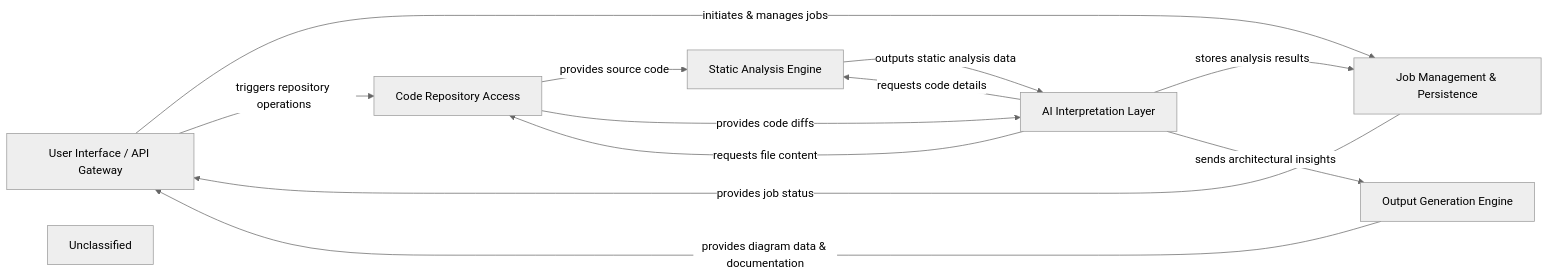
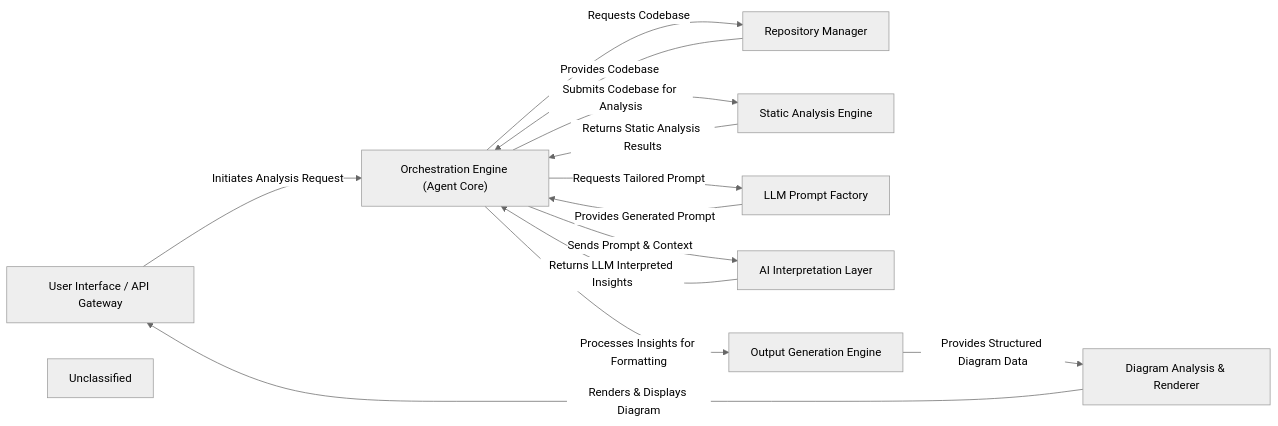
The diagram in .codeboarding/overview.md (CodeBoarding/CodeBoarding), drawn with Mermaid (neutral theme) before and after one commit. The commit also changed other lines of this file and 21 other files, not shown here.

First line of the commit message:
docs: update codeboarding documentation and generate architecture

````diff
--- a/.codeboarding/overview.md
+++ b/.codeboarding/overview.md
@@ -1,27 +1,31 @@
 ```mermaid
 graph LR
     User_Interface_API_Gateway["User Interface / API Gateway"]
-    Job_Management_Persistence["Job Management & Persistence"]
-    Code_Repository_Access["Code Repository Access"]
+    Orchestration_Engine_Agent_Core_["Orchestration Engine (Agent Core)"]
+    Repository_Manager["Repository Manager"]
     Static_Analysis_Engine["Static Analysis Engine"]
+    LLM_Prompt_Factory["LLM Prompt Factory"]
     AI_Interpretation_Layer["AI Interpretation Layer"]
     Output_Generation_Engine["Output Generation Engine"]
+    Diagram_Analysis_Renderer["Diagram Analysis & Renderer"]
     Unclassified["Unclassified"]
-    Unclassified["Unclassified"]
-    User_Interface_API_Gateway -- "initiates & manages jobs" --> Job_Management_Persistence
-    User_Interface_API_Gateway -- "triggers repository operations" --> Code_Repository_Access
-    Job_Management_Persistence -- "provides job status" --> User_Interface_API_Gateway
-    Code_Repository_Access -- "provides source code" --> Static_Analysis_Engine
-    Code_Repository_Access -- "provides code diffs" --> AI_Interpretation_Layer
-    Static_Analysis_Engine -- "outputs static analysis data" --> AI_Interpretation_Layer
-    AI_Interpretation_Layer -- "requests file content" --> Code_Repository_Access
-    AI_Interpretation_Layer -- "requests code details" --> Static_Analysis_Engine
-    AI_Interpretation_Layer -- "stores analysis results" --> Job_Management_Persistence
-    AI_Interpretation_Layer -- "sends architectural insights" --> Output_Generation_Engine
-    Output_Generation_Engine -- "provides diagram data & documentation" --> User_Interface_API_Gateway
+    User_Interface_API_Gateway -- "Initiates Analysis Request" --> Orchestration_Engine_Agent_Core_
+    Orchestration_Engine_Agent_Core_ -- "Requests Codebase" --> Repository_Manager
+    Repository_Manager -- "Provides Codebase" --> Orchestration_Engine_Agent_Core_
+    Orchestration_Engine_Agent_Core_ -- "Submits Codebase for Analysis" --> Static_Analysis_Engine
+    Static_Analysis_Engine -- "Returns Static Analysis Results" --> Orchestration_Engine_Agent_Core_
+    Orchestration_Engine_Agent_Core_ -- "Requests Tailored Prompt" --> LLM_Prompt_Factory
+    LLM_Prompt_Factory -- "Provides Generated Prompt" --> Orchestration_Engine_Agent_Core_
+    Orchestration_Engine_Agent_Core_ -- "Sends Prompt & Context" --> AI_Interpretation_Layer
+    AI_Interpretation_Layer -- "Returns LLM Interpreted Insights" --> Orchestration_Engine_Agent_Core_
+    Orchestration_Engine_Agent_Core_ -- "Processes Insights for Formatting" --> Output_Generation_Engine
+    Output_Generation_Engine -- "Provides Structured Diagram Data" --> Diagram_Analysis_Renderer
+    Diagram_Analysis_Renderer -- "Renders & Displays Diagram" --> User_Interface_API_Gateway
     click User_Interface_API_Gateway href "https://github.com/CodeBoarding/CodeBoarding/blob/main/.codeboarding/User_Interface_API_Gateway.md" "Details"
-    click Job_Management_Persistence href "https://github.com/CodeBoarding/CodeBoarding/blob/main/.codeboarding/Job_Management_Persistence.md" "Details"
-    click Static_Analysis_Engine href "https://github.com/CodeBoarding/CodeBoarding/blob/main/.codeboarding/Static_Analysis_Engine.md" "Details"
+    click Orchestration_Engine_Agent_Core_ href "https://github.com/CodeBoarding/CodeBoarding/blob/main/.codeboarding/Orchestration_Engine_Agent_Core_.md" "Details"
+    click Repository_Manager href "https://github.com/CodeBoarding/CodeBoarding/blob/main/.codeboarding/Repository_Manager.md" "Details"
+    click LLM_Prompt_Factory href "https://github.com/CodeBoarding/CodeBoarding/blob/main/.codeboarding/LLM_Prompt_Factory.md" "Details"
     click AI_Interpretation_Layer href "https://github.com/CodeBoarding/CodeBoarding/blob/main/.codeboarding/AI_Interpretation_Layer.md" "Details"
     click Output_Generation_Engine href "https://github.com/CodeBoarding/CodeBoarding/blob/main/.codeboarding/Output_Generation_Engine.md" "Details"
+    click Diagram_Analysis_Renderer href "https://github.com/CodeBoarding/CodeBoarding/blob/main/.codeboarding/Diagram_Analysis_Renderer.md" "Details"
 ```
````
